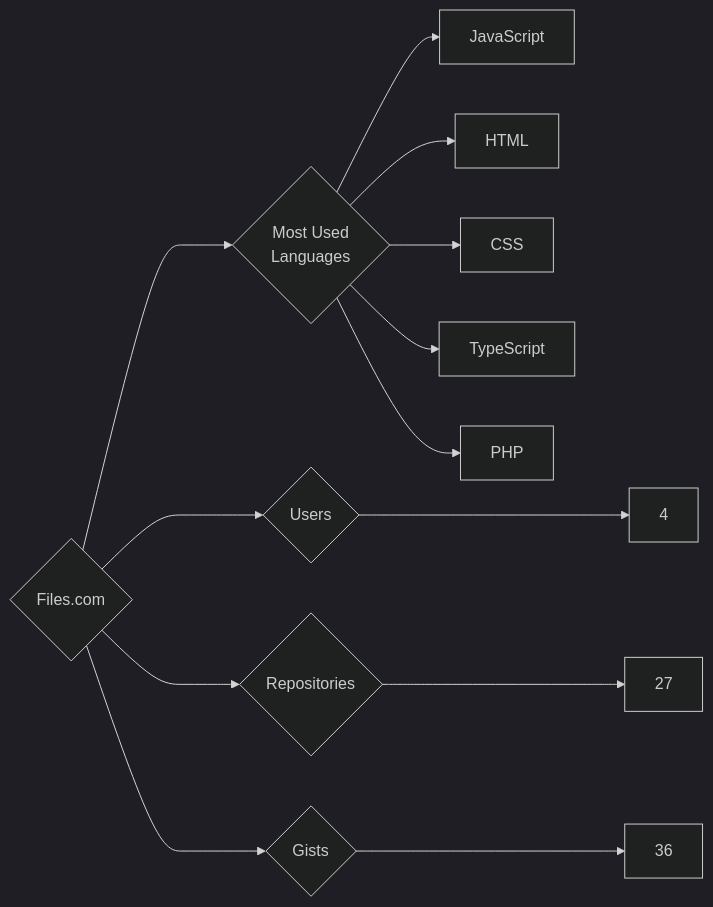
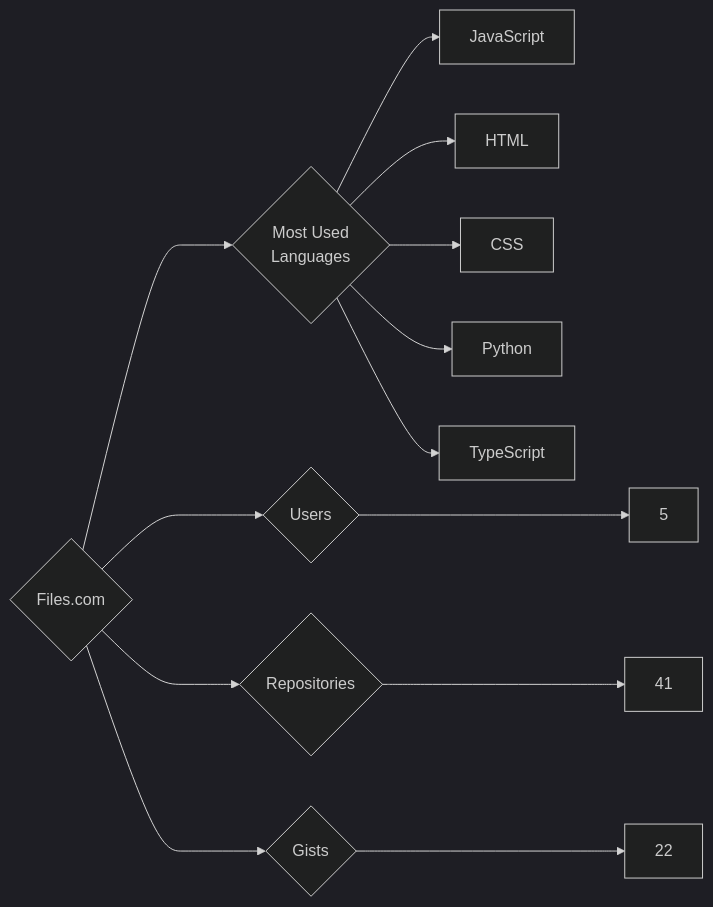
One commit to trickest/insiders changed the diagram in targets/Files.com/README.md. Above: the diagram before and after it, drawn with Mermaid (dark theme). The commit also changed 823 other files, not shown here.

````diff
--- a/targets/Files.com/README.md
+++ b/targets/Files.com/README.md
@@ -3,13 +3,13 @@
 ```mermaid
 graph LR
 COMPANY_NAME{Files.com}
-COMPANY_NAME ---> U{Users} ---> UN[4]
-COMPANY_NAME ---> R{Repositories} ---> RN[27]
-COMPANY_NAME ---> G{Gists} ---> GN[36]
+COMPANY_NAME ---> U{Users} ---> UN[5]
+COMPANY_NAME ---> R{Repositories} ---> RN[41]
+COMPANY_NAME ---> G{Gists} ---> GN[22]
 COMPANY_NAME ---> ML{Most Used<br>Languages}
 ML --> JavaScript[JavaScript]
 ML --> HTML[HTML]
 ML --> CSS[CSS]
+ML --> Python[Python]
 ML --> TypeScript[TypeScript]
-ML --> PHP[PHP]
 ```
````
